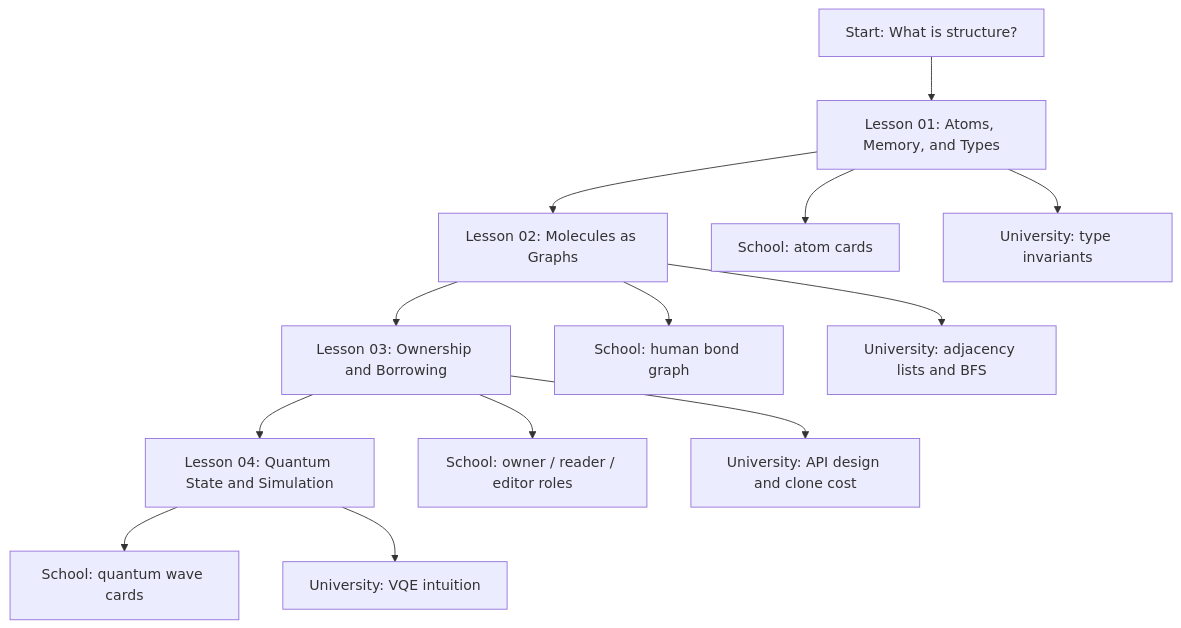
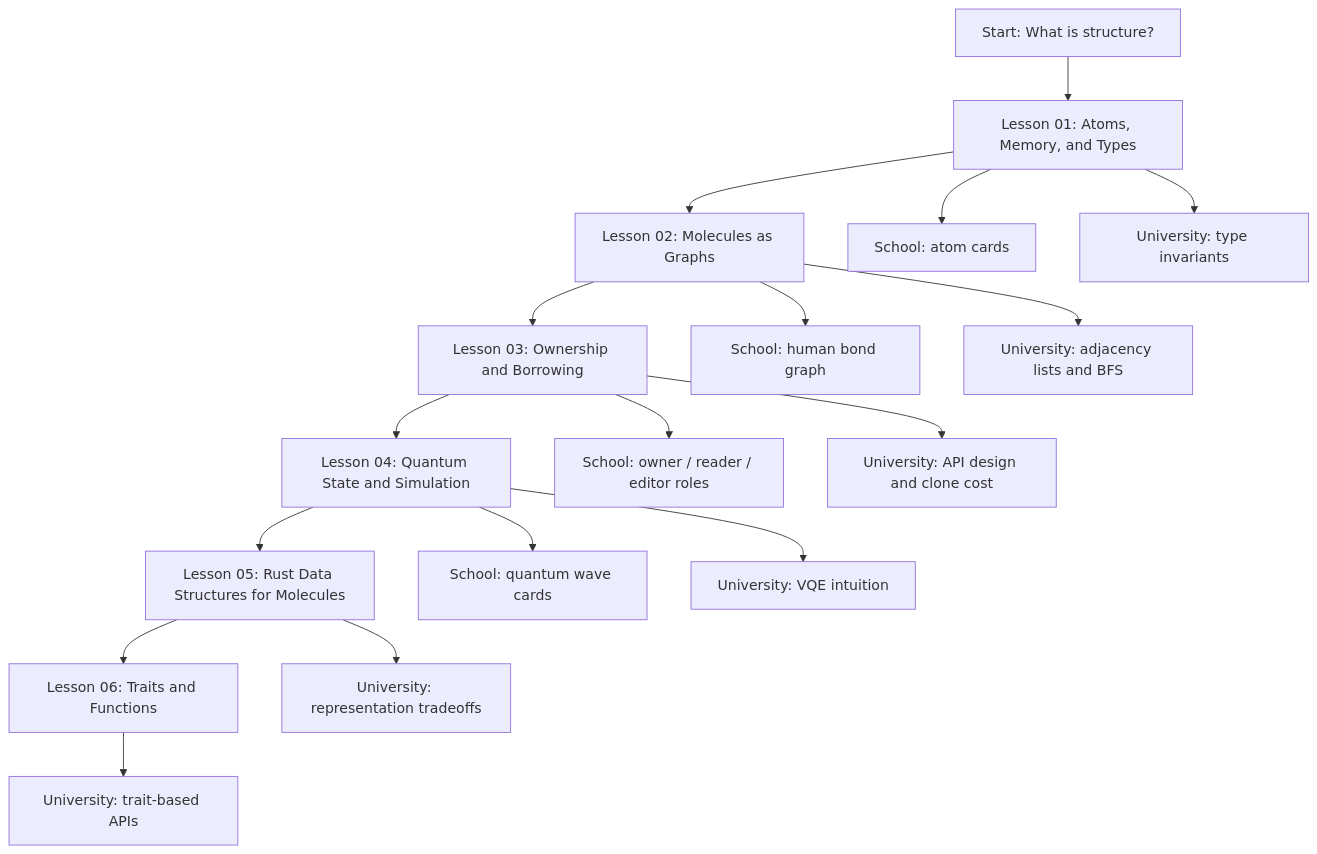
Before and after one commit to shastaratech/bio-memory-rust-lab: the diagram in visuals/mermaid/course-map.md, drawn with Mermaid. The commit also changed other lines of this file and 18 other files, not shown here.

Commit message:
docs: add molecule data structure trait lessons

````diff
--- a/visuals/mermaid/course-map.md
+++ b/visuals/mermaid/course-map.md
@@ -5,17 +5,21 @@
 ```mermaid
 flowchart TD
     A["Start: What is structure?"] --> B["Lesson 01: Atoms, Memory, and Types"]
     B --> C["Lesson 02: Molecules as Graphs"]
     C --> D["Lesson 03: Ownership and Borrowing"]
     D --> E["Lesson 04: Quantum State and Simulation"]
+    E --> F["Lesson 05: Rust Data Structures for Molecules"]
+    F --> G["Lesson 06: Traits and Functions"]
 
     B --> S1["School: atom cards"]
     C --> S2["School: human bond graph"]
     D --> S3["School: owner / reader / editor roles"]
     E --> S4["School: quantum wave cards"]
 
     B --> U1["University: type invariants"]
     C --> U2["University: adjacency lists and BFS"]
     D --> U3["University: API design and clone cost"]
     E --> U4["University: VQE intuition"]
+    F --> U5["University: representation tradeoffs"]
+    G --> U6["University: trait-based APIs"]
 ```
````
